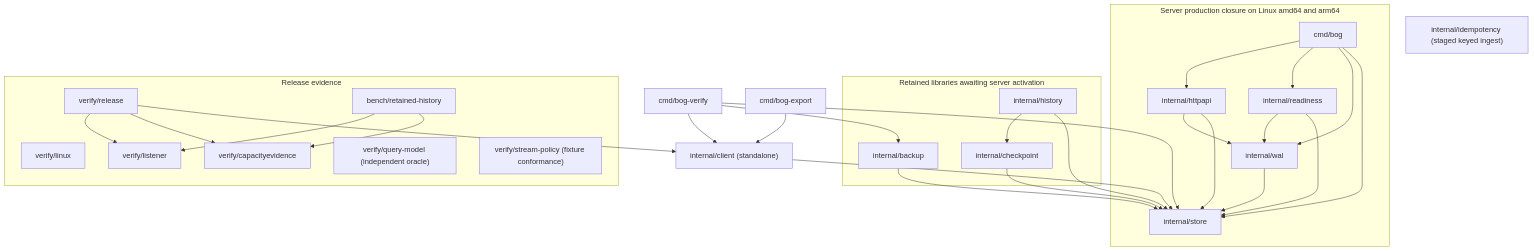
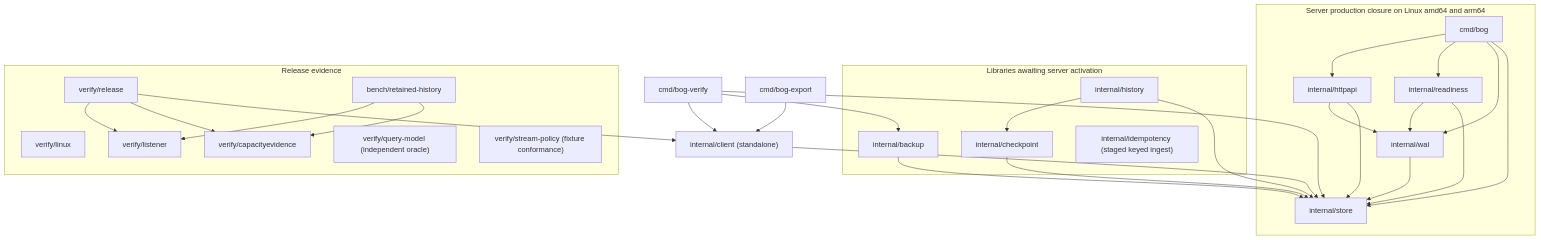
Before and after one commit to tflynn3/bog: the diagram in docs/architecture/SYSTEM.md, drawn with Mermaid. The commit also changed other lines of this file and 2 other files, not shown here.

Commit message:
bog: Verify the server closure and staged roles in the architecture diagram

````diff
--- a/docs/architecture/SYSTEM.md
+++ b/docs/architecture/SYSTEM.md
@@ -45,51 +48,51 @@
 ```mermaid
 flowchart TD
     subgraph Runtime["Server production closure on Linux amd64 and arm64"]
         Cmd["cmd/bog"]
         HTTP["internal/httpapi"]
         Ready["internal/readiness"]
         WAL["internal/wal"]
         Store["internal/store"]
         Cmd --> HTTP
         Cmd --> Ready
         Cmd --> WAL
         Cmd --> Store
         HTTP --> WAL
         HTTP --> Store
         Ready --> WAL
         Ready --> Store
         WAL --> Store
     end
     Operator["cmd/bog-verify"]
     Export["cmd/bog-export"]
-    subgraph Staged["Retained libraries awaiting server activation"]
+    subgraph Staged["Libraries awaiting server activation"]
         Checkpoint["internal/checkpoint"]
         History["internal/history"]
         Backup["internal/backup"]
+        Idempotency["internal/idempotency (staged keyed ingest)"]
         History --> Checkpoint
     end
-    Idempotency["internal/idempotency (staged keyed ingest)"]
     Client["internal/client (standalone)"]
     Checkpoint --> Store
     History --> Store
     Backup --> Store
     Operator --> Backup
     Operator --> Client
     Operator --> Store
     Export --> Client
     Client --> Store
     subgraph Evidence["Release evidence"]
         Admission["verify/release"]
         Durability["verify/linux"]
         Capacity["bench/retained-history"]
         CapacityEvidence["verify/capacityevidence"]
         Listener["verify/listener"]
         Model["verify/query-model (independent oracle)"]
         StreamPolicy["verify/stream-policy (fixture conformance)"]
         Admission --> Listener
         Capacity --> Listener
         Admission --> CapacityEvidence
         Capacity --> CapacityEvidence
     end
     Admission --> Client
 ```
````
